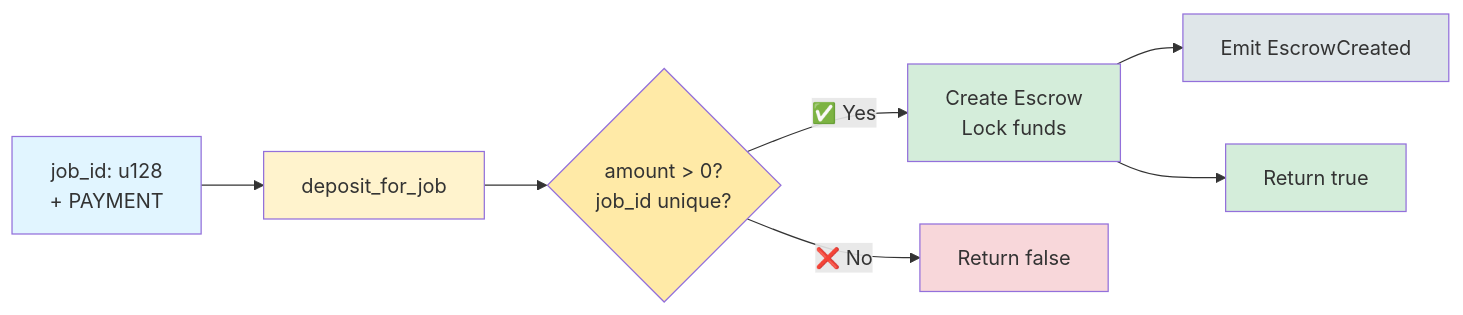
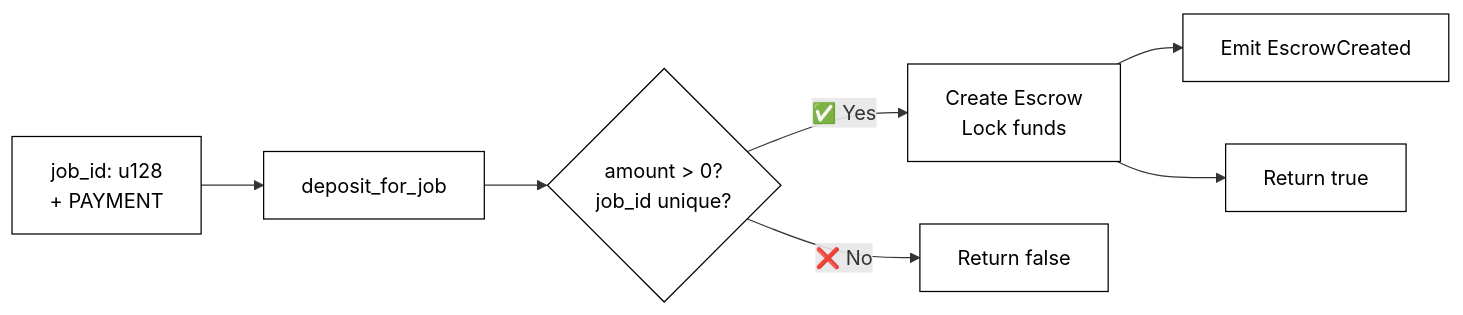
The fourth of 13 diagrams in payment_escrow/README.md (PolkaMesh/PolkaMesh-Contracts), drawn with Mermaid before and after one commit. The commit also changed other lines of this file and 4 other files, not shown here.

````diff
--- a/payment_escrow/README.md
+++ b/payment_escrow/README.md
@@ -94,17 +94,17 @@
 ```mermaid
 graph LR
     A[job_id: u128<br/>+ PAYMENT] --> B[deposit_for_job]
     B --> C{amount > 0?<br/>job_id unique?}
     C -->|✅ Yes| D[Create Escrow<br/>Lock funds]
     C -->|❌ No| E[Return false]
     D --> F[Emit EscrowCreated]
     D --> G[Return true]
 
-    style A fill:#e1f5ff
-    style B fill:#fff3cd
-    style C fill:#ffeaa7
-    style D fill:#d4edda
-    style E fill:#f8d7da
-    style F fill:#dfe6e9
-    style G fill:#d4edda
+    style A fill:#ffffff,stroke:#000000,color:#000000
+    style B fill:#ffffff,stroke:#000000,color:#000000
+    style C fill:#ffffff,stroke:#000000,color:#000000
+    style D fill:#ffffff,stroke:#000000,color:#000000
+    style E fill:#ffffff,stroke:#000000,color:#000000
+    style F fill:#ffffff,stroke:#000000,color:#000000
+    style G fill:#ffffff,stroke:#000000,color:#000000
 ```
````
